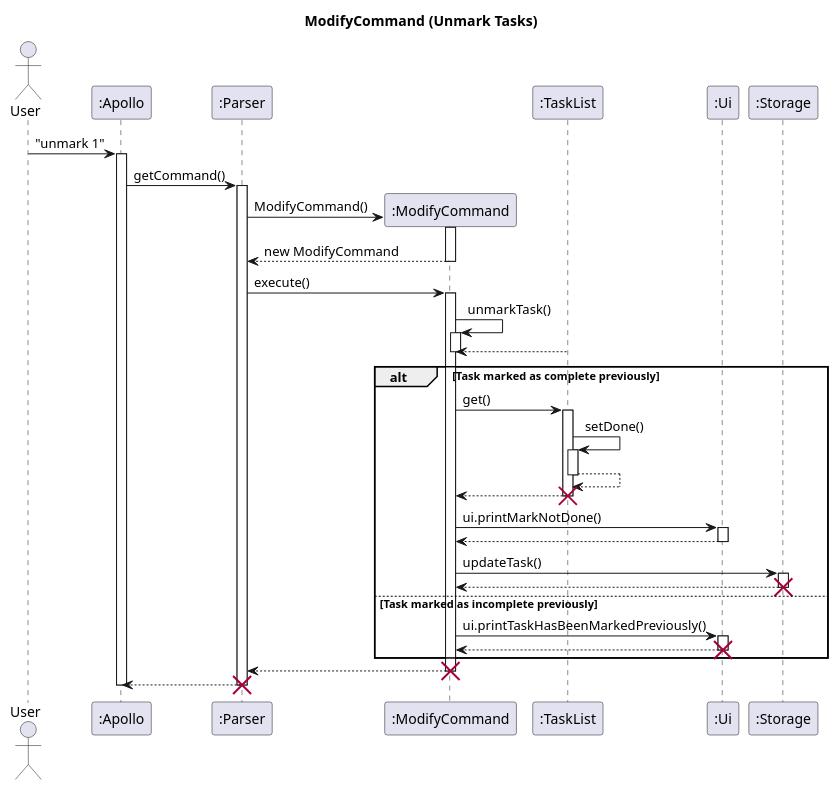
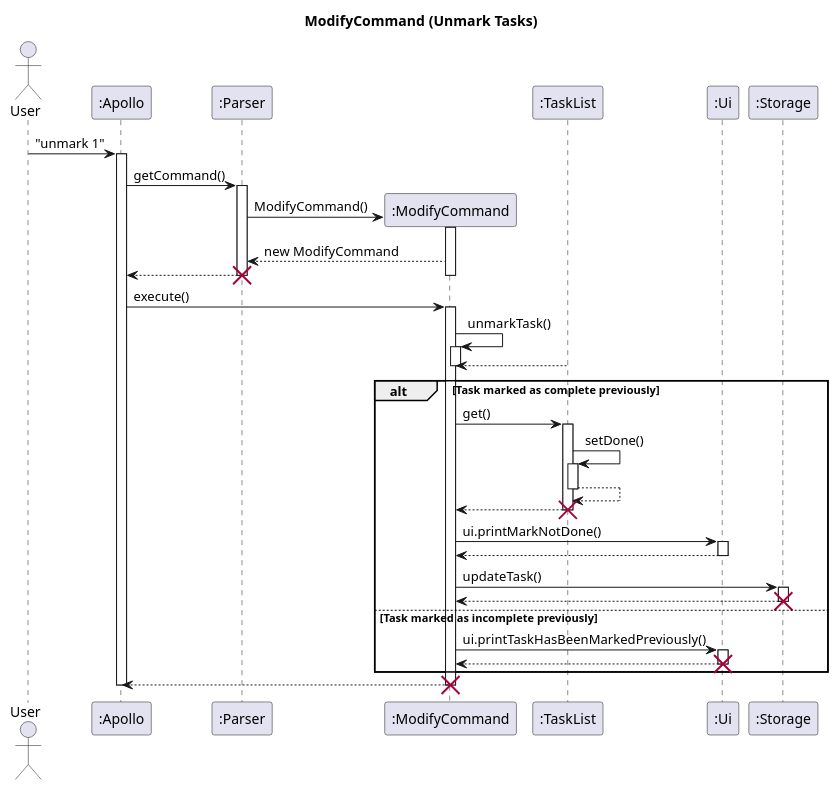
One commit to nus-cs2113-AY2223S2/tp changed the diagram in docs/uml-source/sequence/ModifyCommand.puml. Above: the diagram before and after it, drawn with PlantUML. The commit also changed 4 other files, not shown here.

Commit message:
Final update to sequence diagrams

```diff
--- a/docs/uml-source/sequence/ModifyCommand.puml
+++ b/docs/uml-source/sequence/ModifyCommand.puml
@@ -1,69 +1,68 @@
 @startuml
 'https://plantuml.com/sequence-diagram
 
 skinparam maxMessageSize 150
 title ModifyCommand (Unmark Tasks)
 
 actor User
 participant ":Apollo" as Apollo
 participant ":Parser" as Parser
 participant ":ModifyCommand" as modify
 
 participant ":TaskList" as TaskList
 participant ":Ui" as Ui
 participant ":Storage" as Storage
 
 User -> Apollo : "unmark 1"
 activate Apollo
 Apollo -> Parser : getCommand()
 activate Parser
 Parser -> modify** : ModifyCommand()
 activate modify
 modify --> Parser: new ModifyCommand
+Parser --> Apollo
 deactivate modify
+deactivate Parser
+destroy Parser
 
 
 
-Parser -> modify : execute()
+Apollo -> modify : execute()
 
 activate modify
 modify -> modify++ : unmarkTask()
 TaskList --> modify
 modify --
 alt Task marked as complete previously
 modify -> TaskList++: get()
 TaskList -> TaskList ++ :setDone()
 return
 modify <-- TaskList--
 destroy TaskList
 modify -> Ui : ui.printMarkNotDone()
 activate Ui
 Ui --> modify
 deactivate Ui
 
 modify -> Storage: updateTask()
 activate Storage
 Storage --> modify
 destroy Storage
 
 
 
-
-
-
 else Task marked as incomplete previously
 
 modify -> Ui : ui.printTaskHasBeenMarkedPreviously()
 activate Ui
 Ui --> modify
 deactivate Ui
 destroy Ui
 end
-modify --> Parser
+modify --> Apollo
 destroy modify
-Parser --> Apollo
-destroy Parser
+
 
 deactivate Apollo
 
 @enduml
```
